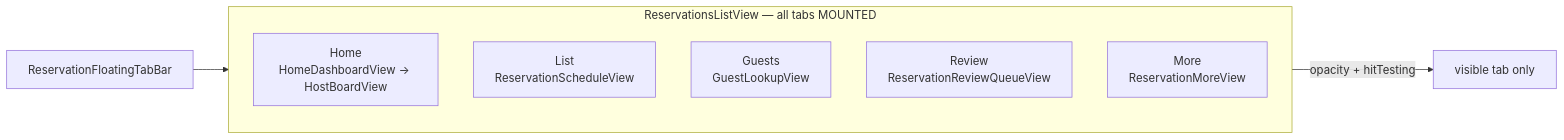
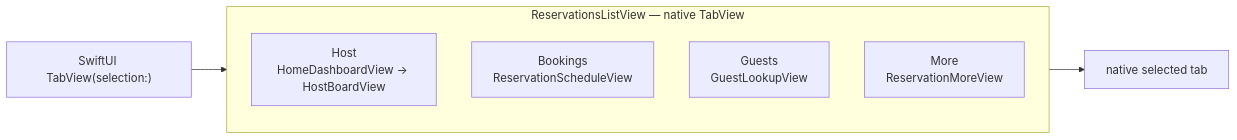
Before and after one commit to bohdan462/Reservation-iOS-App: the third of 12 diagrams in ARCHITECTURE_DIAGRAMS.md, drawn with Mermaid. The commit also changed other lines of this file and 17 other files, not shown here.

````diff
--- a/ARCHITECTURE_DIAGRAMS.md
+++ b/ARCHITECTURE_DIAGRAMS.md
@@ -115,13 +115,12 @@
 ```mermaid
 flowchart LR
-    subgraph Shell["ReservationsListView — all tabs MOUNTED"]
-        H["Home<br/>HomeDashboardView → HostBoardView"]
-        L["List<br/>ReservationScheduleView"]
+    subgraph Shell["ReservationsListView — native TabView"]
+        H["Host<br/>HomeDashboardView → HostBoardView"]
+        L["Bookings<br/>ReservationScheduleView"]
         G["Guests<br/>GuestLookupView"]
-        R["Review<br/>ReservationReviewQueueView"]
         M["More<br/>ReservationMoreView"]
     end
 
-    TabBar["ReservationFloatingTabBar"] --> Shell
-    Shell -->|opacity + hitTesting| Active["visible tab only"]
+    TabView["SwiftUI TabView(selection:)"] --> Shell
+    Shell --> Active["native selected tab"]
 ```
````
